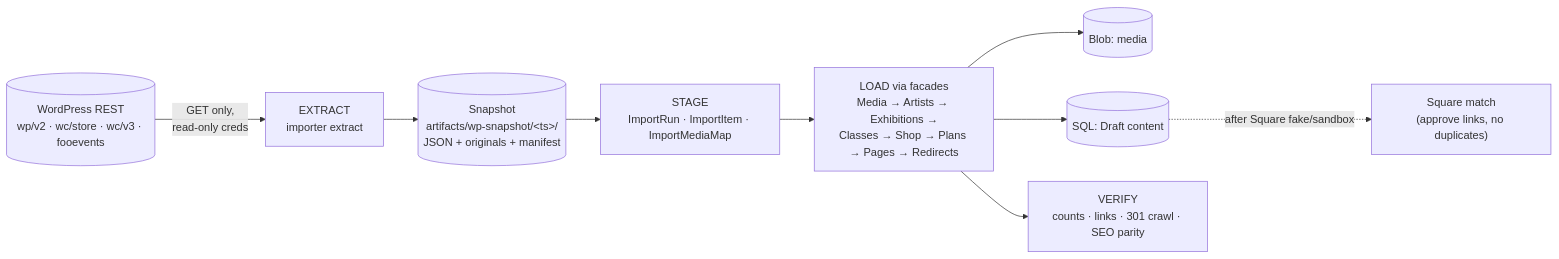
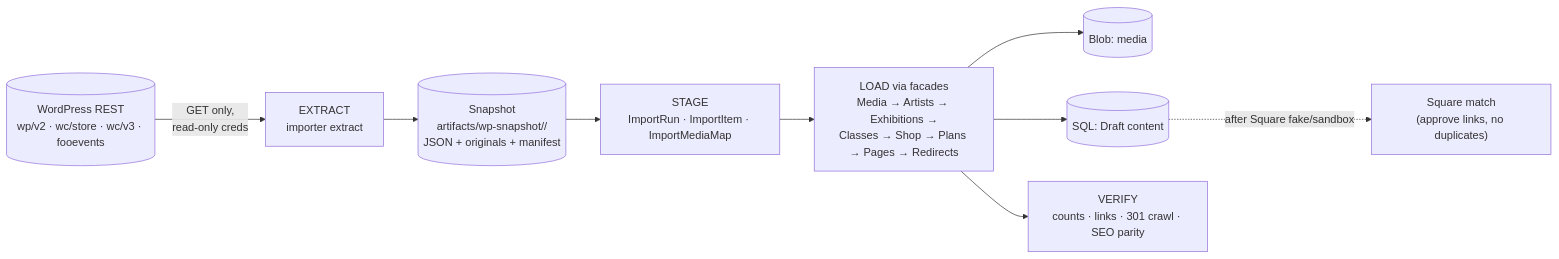
One commit to Architect4Hire/6311Arts changed diagram 13 of 14 in docs/architecture/architecture.md. Above: the diagram before and after it, drawn with Mermaid. The commit also changed other lines of this file and 2 other files, not shown here.

````diff
--- a/docs/architecture/architecture.md
+++ b/docs/architecture/architecture.md
@@ -471,11 +463,11 @@
 ```mermaid
 flowchart LR
     wp[("WordPress REST<br/>wp/v2 · wc/store · wc/v3 · fooevents")] -- "GET only,<br/>read-only creds" --> ex["EXTRACT<br/>importer extract"]
-    ex --> snap[("Snapshot<br/>artifacts/wp-snapshot/&lt;ts&gt;/<br/>JSON + originals + manifest")]
+    ex --> snap[("Snapshot<br/>artifacts/wp-snapshot/<ts>/<br/>JSON + originals + manifest")]
     snap --> st["STAGE<br/>ImportRun · ImportItem · ImportMediaMap"]
     st --> ld["LOAD via facades<br/>Media → Artists → Exhibitions →<br/>Classes → Shop → Plans → Pages → Redirects"]
     ld --> blob[("Blob: media")]
     ld --> sql[("SQL: Draft content")]
     ld --> vf["VERIFY<br/>counts · links · 301 crawl · SEO parity"]
     sql -. "after Square fake/sandbox" .-> mt["Square match<br/>(approve links, no duplicates)"]
 ```
````
